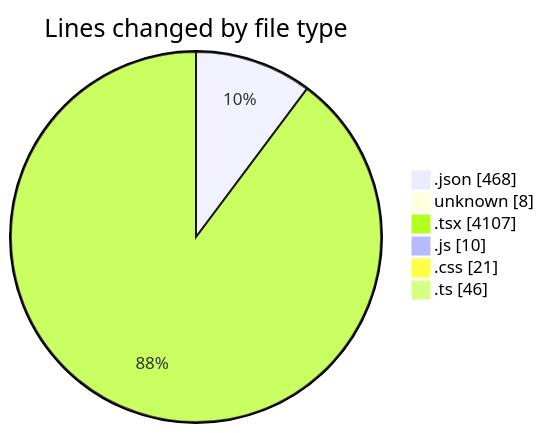
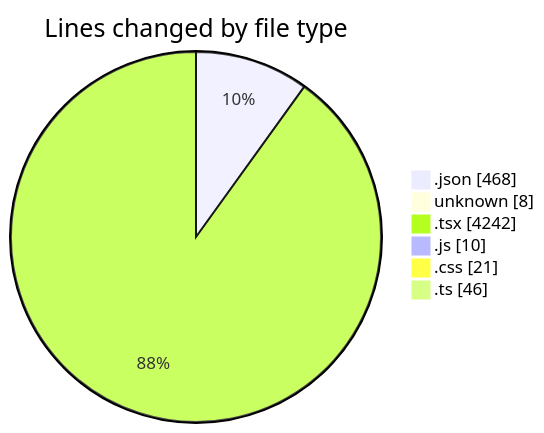
One commit to Elitesun/code-tracking changed the first of 2 diagrams in 2025-05-02/niten/README.md. Above: the diagram before and after it, drawn with Mermaid. The commit also changed other lines of this file and 1 other file, not shown here.

````diff
--- a/2025-05-02/niten/README.md
+++ b/2025-05-02/niten/README.md
@@ -56,10 +59,10 @@
 ```mermaid
 pie showData
 title Lines changed by file type
 ".json" : 468
 "unknown" : 8
-".tsx" : 4107
+".tsx" : 4242
 ".js" : 10
 ".css" : 21
 ".ts" : 46
 ```
````
